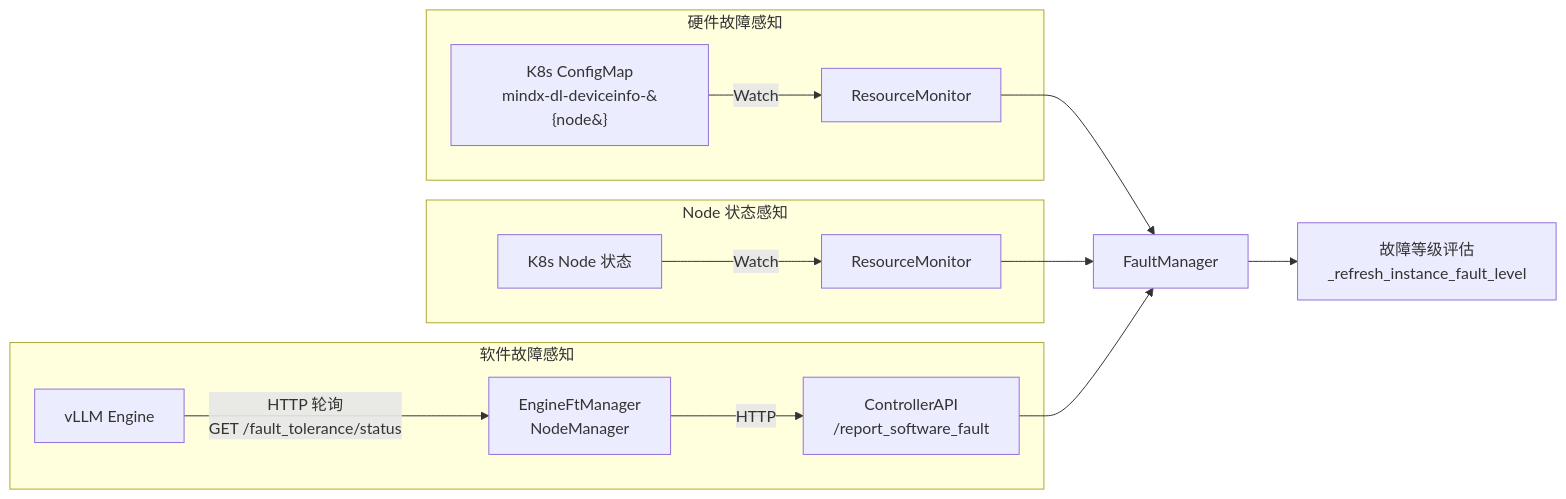
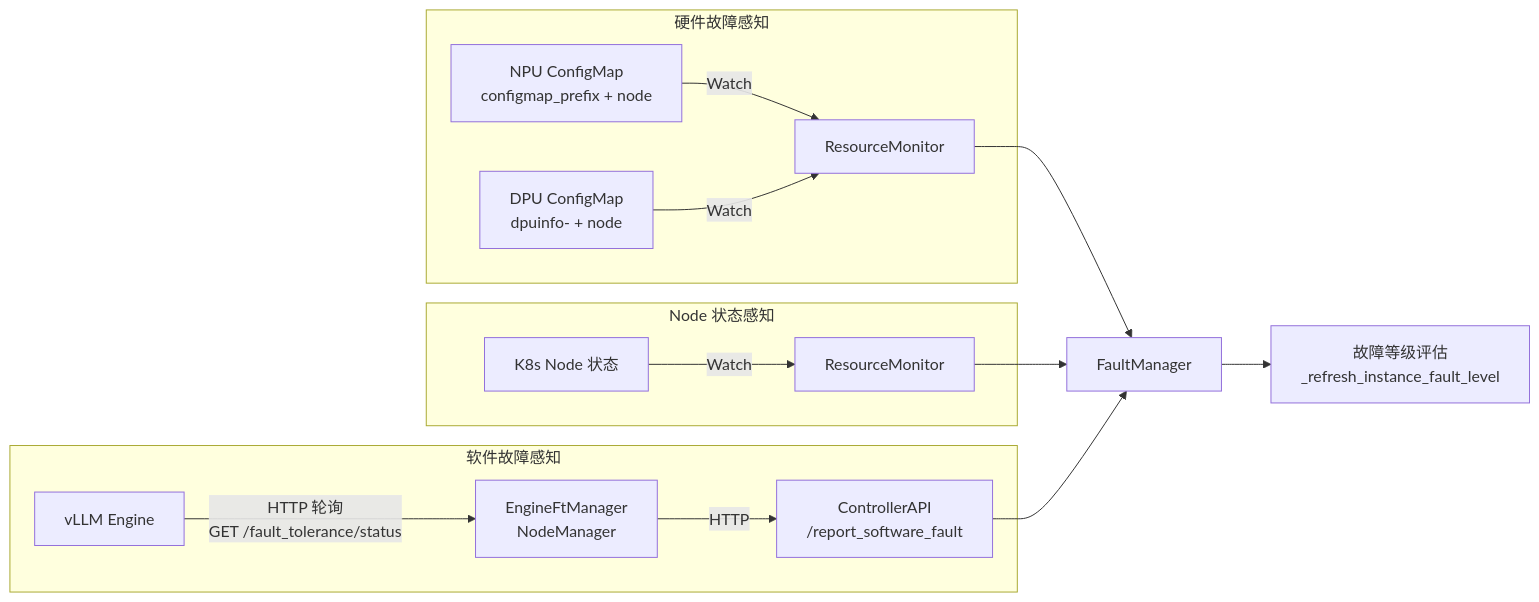
One commit to Ascend/MindIE-Motor changed the tenth of 10 diagrams in docs/zh/developer_guide/components/controller.md. Above: the diagram before and after it, drawn with Mermaid. The commit also changed other lines of this file and 2 other files, not shown here.

First paragraph of the commit message:
[docs] 将 DPU 与 NPU 故障感知说明放在同一章节

````diff
--- a/docs/zh/developer_guide/components/controller.md
+++ b/docs/zh/developer_guide/components/controller.md
@@ -506,17 +506,18 @@
 ```mermaid
 flowchart LR
     subgraph HW[硬件故障感知]
-        CM["K8s ConfigMap<br/>mindx-dl-deviceinfo-&#123;node&#125;"] -->|Watch| RM_HW[ResourceMonitor]
+        CMN["NPU ConfigMap<br/>configmap_prefix + node"] -->|Watch| RM_HW[ResourceMonitor]
+        CMD["DPU ConfigMap<br/>dpuinfo- + node"] -->|Watch| RM_HW
     end
     subgraph Node[Node 状态感知]
         K8sNode[K8s Node 状态] -->|Watch| RM_Node[ResourceMonitor]
     end
     subgraph SW[软件故障感知]
         Engine[vLLM Engine] -->|HTTP 轮询<br/>GET /fault_tolerance/status| FR[EngineFtManager<br/>NodeManager]
         FR -->|HTTP| API[ControllerAPI<br/>/report_software_fault]
     end
     RM_HW --> FM[FaultManager]
     RM_Node --> FM
     API --> FM
     FM --> Eval[故障等级评估<br/>_refresh_instance_fault_level]
 ```
````
